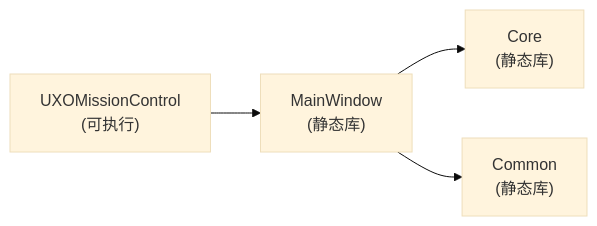
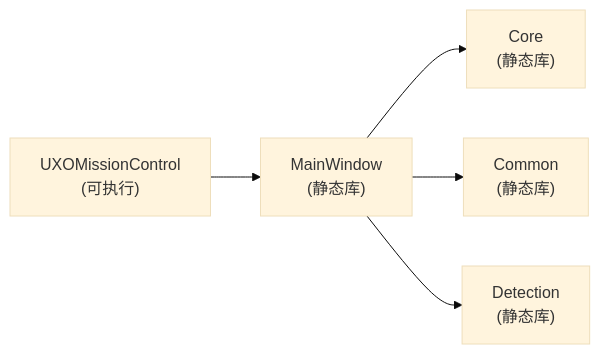
The first of 3 diagrams in docs/ARCHITECTURE.md (wbzzzd/UXO_v1), drawn with Mermaid (base theme) before and after one commit. The commit also changed other lines of this file and 7 other files, not shown here.

````diff
--- a/docs/ARCHITECTURE.md
+++ b/docs/ARCHITECTURE.md
@@ -24,6 +24,7 @@
 ```mermaid
 flowchart LR
     App["UXOMissionControl<br/>(可执行)"] --> MainWindow["MainWindow<br/>(静态库)"]
     MainWindow --> Core["Core<br/>(静态库)"]
     MainWindow --> Common["Common<br/>(静态库)"]
+    MainWindow --> Detection["Detection<br/>(静态库)"]
 ```
````
